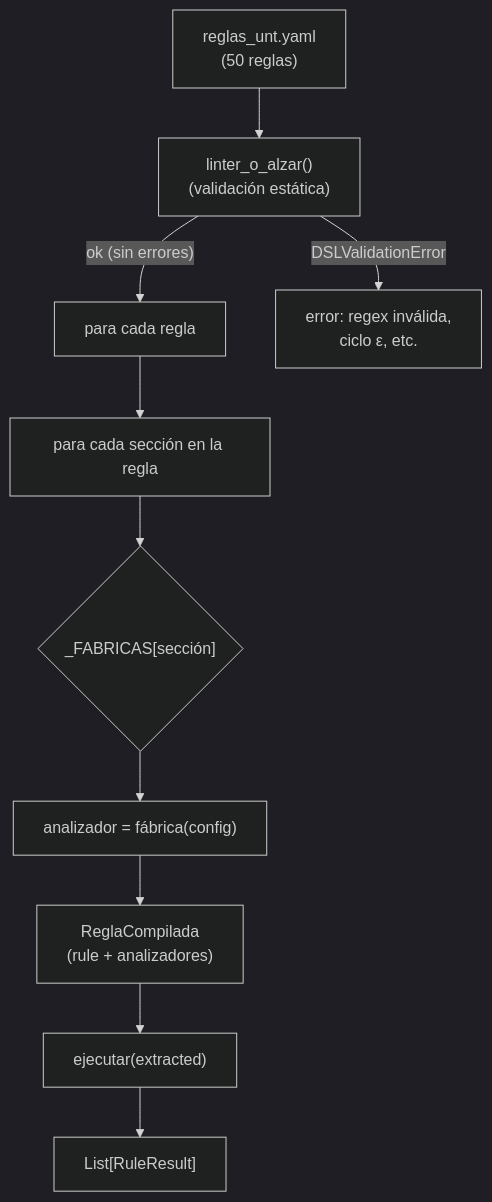
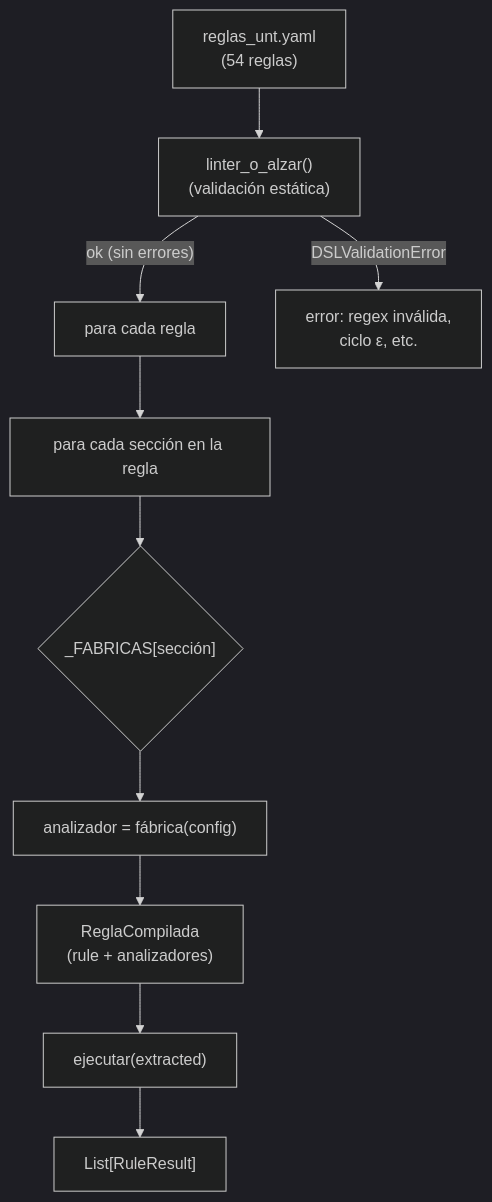
Before and after one commit to IvanSanchezSil/vistobueno: the first of 4 diagrams in docs/diseno/05_compilador_linter.md, drawn with Mermaid (dark theme). The commit also changed 15 other files, not shown here.

````diff
--- a/docs/diseno/05_compilador_linter.md
+++ b/docs/diseno/05_compilador_linter.md
@@ -14,12 +14,12 @@
 ```mermaid
 flowchart TD
-    YAML["reglas_unt.yaml<br/>(50 reglas)"] --> LINT["linter_o_alzar()<br/>(validación estática)"]
+    YAML["reglas_unt.yaml<br/>(54 reglas)"] --> LINT["linter_o_alzar()<br/>(validación estática)"]
     LINT -- "ok (sin errores)" --> LOOP["para cada regla"]
     LINT -- "DSLValidationError" --> F["error: regex inválida,<br/>ciclo ε, etc."]
     LOOP --> SECC["para cada sección en la regla"]
     SECC --> FAB{"_FABRICAS[sección]"}
     FAB --> AN["analizador = fábrica(config)"]
     AN --> RC["ReglaCompilada<br/>(rule + analizadores)"]
     RC --> RUN["ejecutar(extracted)"]
     RUN --> RR["List[RuleResult]"]
 ```
````
